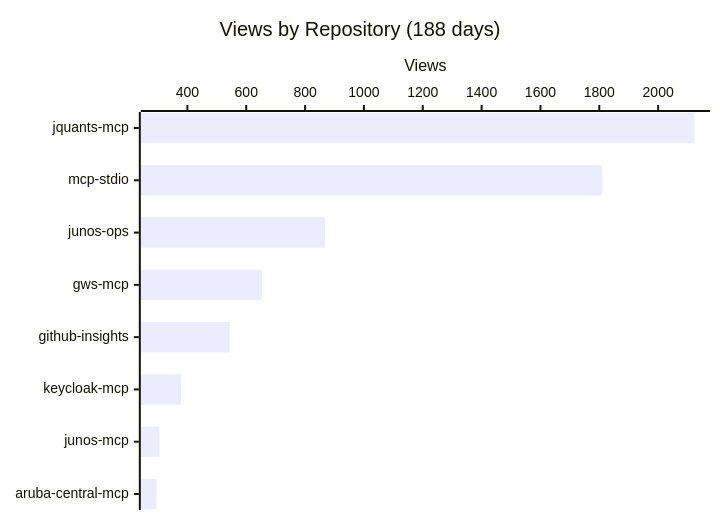
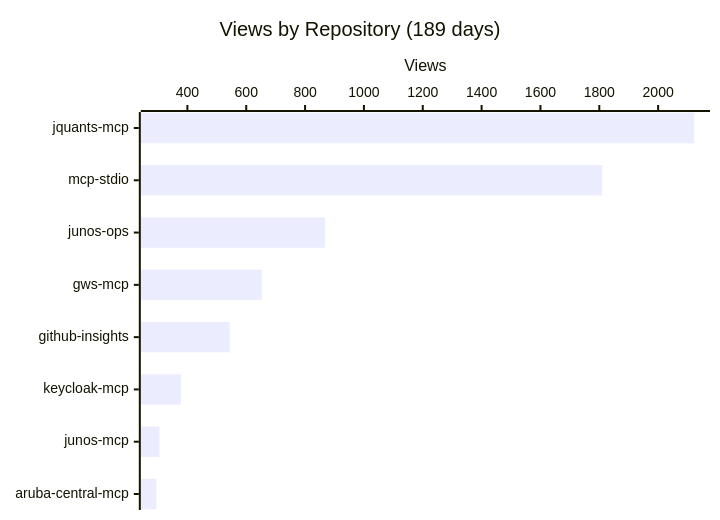
The first of 4 diagrams in README.md (shigechika/github-insights), drawn with Mermaid before and after one commit. The commit also changed other lines of this file and 2 other files, not shown here.

````diff
--- a/README.md
+++ b/README.md
@@ -18,7 +18,7 @@
 ```mermaid
 xychart-beta horizontal
-    title "Views by Repository (188 days)"
+    title "Views by Repository (189 days)"
     x-axis ["jquants-mcp", "mcp-stdio", "junos-ops", "gws-mcp", "github-insights", "keycloak-mcp", "junos-mcp", "aruba-central-mcp"]
     y-axis "Views"
     bar [2123, 1810, 868, 653, 544, 378, 305, 295]
 ```
````
